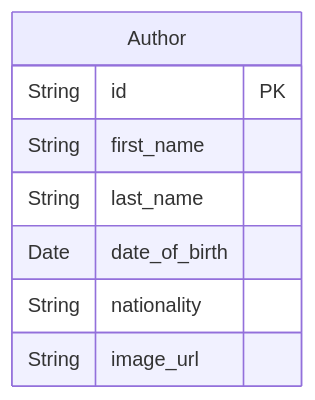
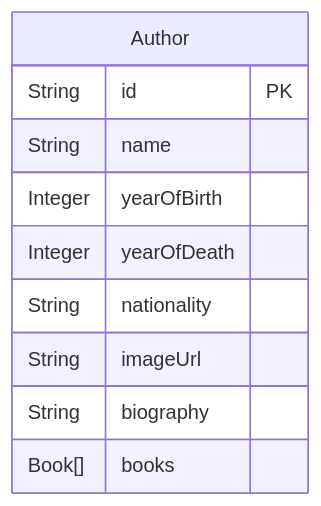
The fourth of 8 diagrams in README.md (dung204/Library_Management_PRJ301), drawn with Mermaid before and after one commit. The commit also changed other lines of this file, not shown here.

````diff
--- a/README.md
+++ b/README.md
@@ -130,12 +182,14 @@
 ```mermaid
 erDiagram
     Author {
         String id PK
-        String first_name
-        String last_name
-        Date date_of_birth
+        String name
+        Integer yearOfBirth
+        Integer yearOfDeath
         String nationality
-        String image_url
+        String imageUrl
+        String biography
+        Book[] books
 
     }
 ```
````
